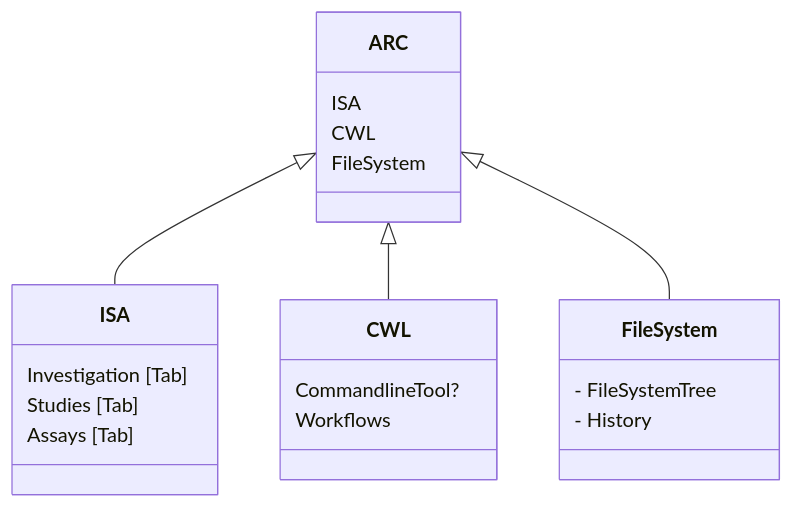
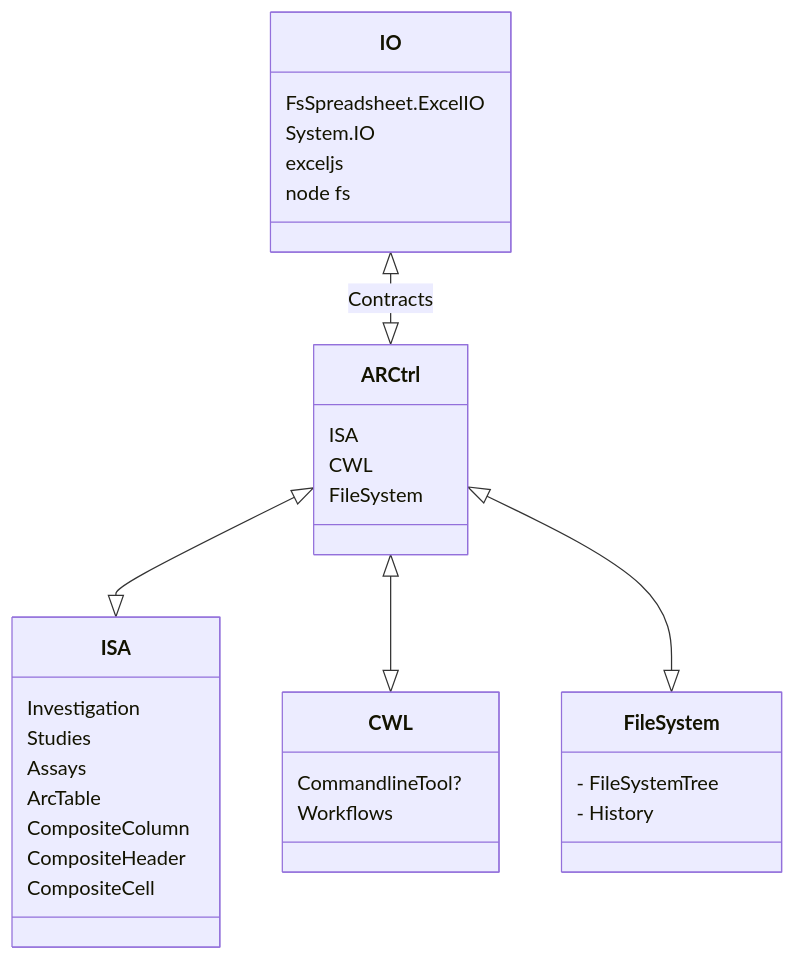
One commit to nfdi4plants/ARCtrl changed the second of 2 diagrams in README.md. Above: the diagram before and after it, drawn with Mermaid. The commit also changed other lines of this file, not shown here.

````diff
--- a/README.md
+++ b/README.md
@@ -159,27 +159,37 @@
 ```mermaid
 classDiagram 
 
-class arc["ARC"] {
+class arc["ARCtrl"] {
     ISA
     CWL
     FileSystem
 }
 class isa["ISA"] {
-    Investigation [Tab]
-    Studies [Tab]
-    Assays [Tab]
+    Investigation
+    Studies
+    Assays
+    ArcTable
+    CompositeColumn
+    CompositeHeader
+    CompositeCell
 }
 class file ["FileSystem"] {
     - FileSystemTree
     - History
 }
 class cwl["CWL"] {
     CommandlineTool?
     Workflows
 }
-
-arc <|-- isa
-arc <|-- cwl
-arc <|-- file
+class io["IO"] {
+    FsSpreadsheet.ExcelIO
+    System.IO
+    exceljs
+    node fs
+}
+io <|--|> arc : Contracts
+arc <|--|> isa
+arc <|--|> cwl
+arc <|--|> file
 
 ```
````
